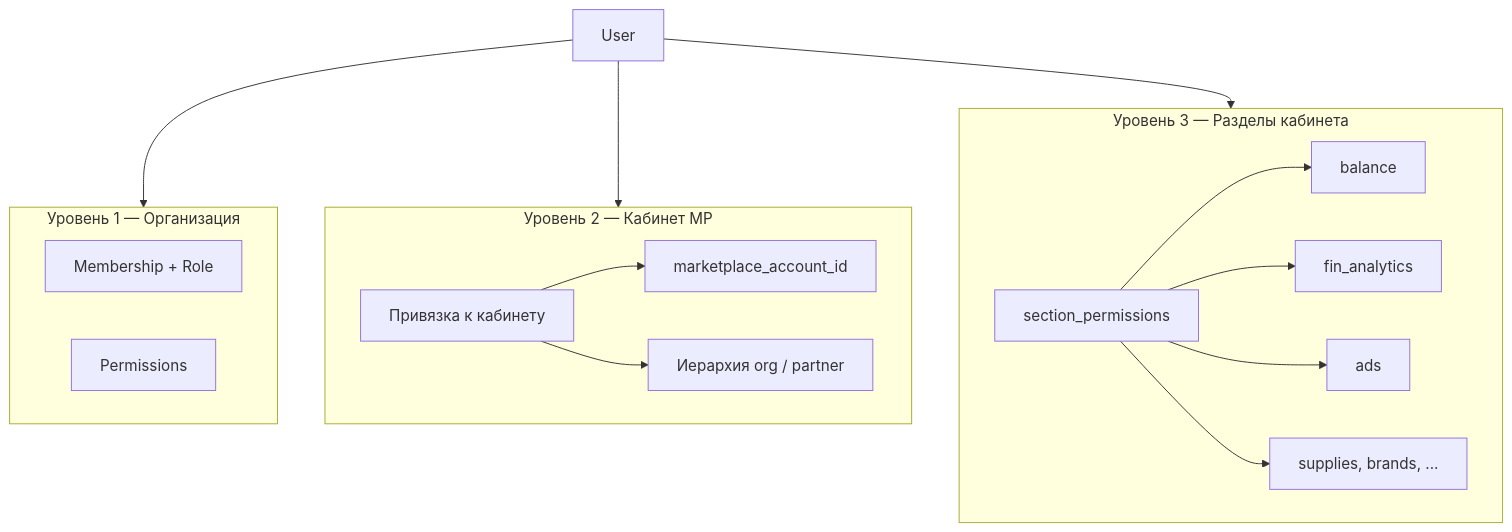
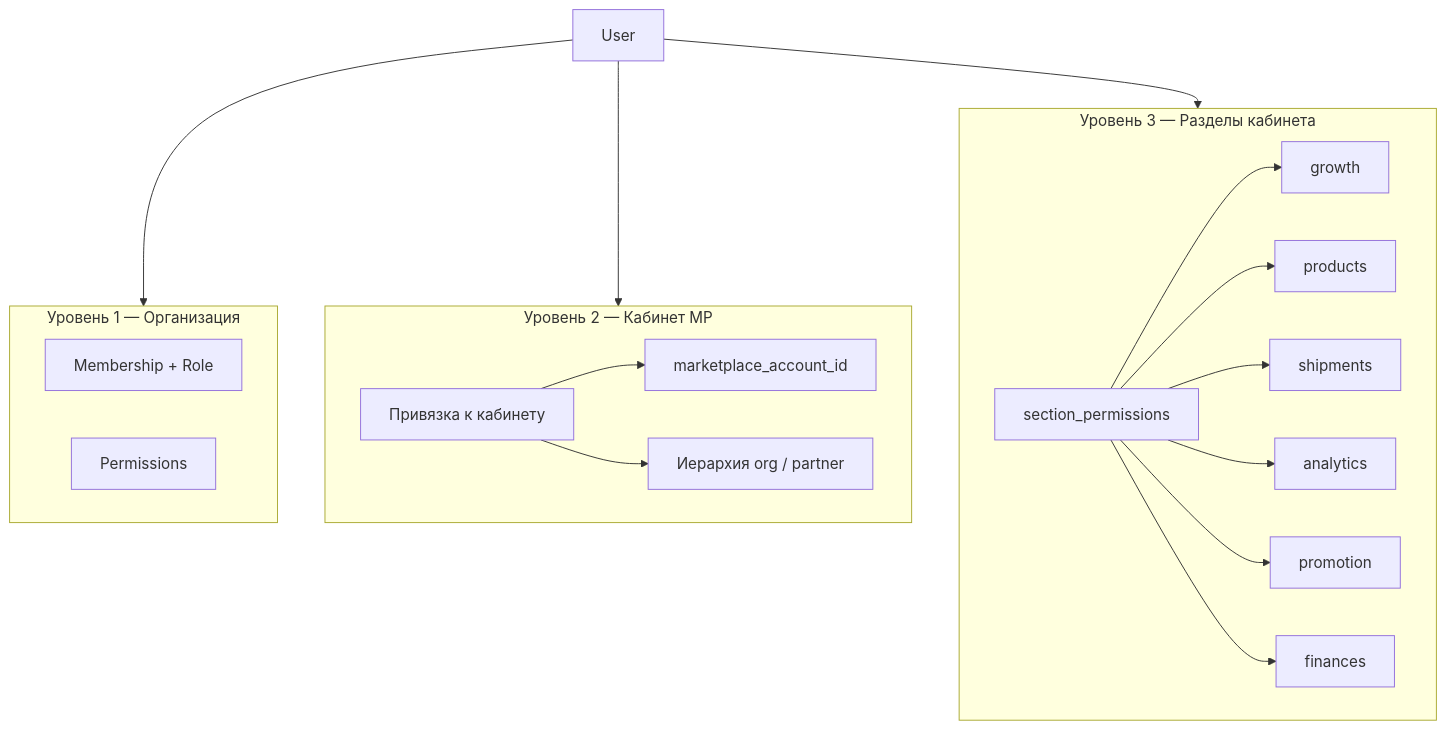
The first of 3 diagrams in architecture/marketplace-access-model.md (MarketHackerLabs/docs), drawn with Mermaid before and after one commit. The commit also changed other lines of this file and 8 other files, not shown here.

Commit message:
Обновить документацию MarketHacker: добавить информацию о новых группах разделов в контроле доступа, обновить описание API управления доступами и улучшить безопасность прокси-сервиса. Обновлены схемы и примеры использования в архитектурных документах.

````diff
--- a/architecture/marketplace-access-model.md
+++ b/architecture/marketplace-access-model.md
@@ -9,25 +9,27 @@
 ```mermaid
 flowchart TB
     subgraph tier1 [Уровень 1 — Организация]
         MEM[Membership + Role]
         PERM[Permissions]
     end
 
     subgraph tier2 [Уровень 2 — Кабинет MP]
         ACC[Привязка к кабинету]
         ACC --> MPA[marketplace_account_id]
         ACC --> HIER[Иерархия org / partner]
     end
 
     subgraph tier3 [Уровень 3 — Разделы кабинета]
         SEC[section_permissions]
-        SEC --> BALANCE[balance]
-        SEC --> FIN[fin_analytics]
-        SEC --> ADS[ads]
-        SEC --> OTHER[supplies, brands, ...]
+        SEC --> GROWTH[growth]
+        SEC --> PROD[products]
+        SEC --> SHIP[shipments]
+        SEC --> ANAL[analytics]
+        SEC --> PROMO[promotion]
+        SEC --> FIN[finances]
     end
 
     USER[User] --> tier1
     USER --> tier2
     USER --> tier3
 ```
````
